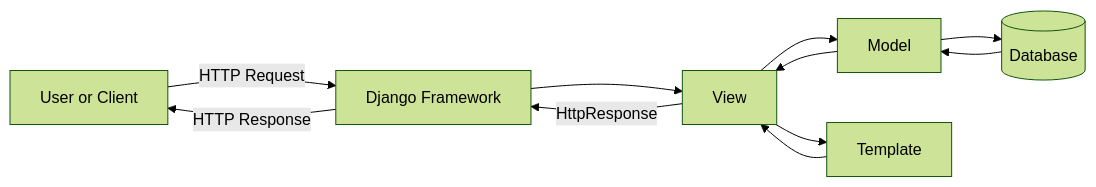
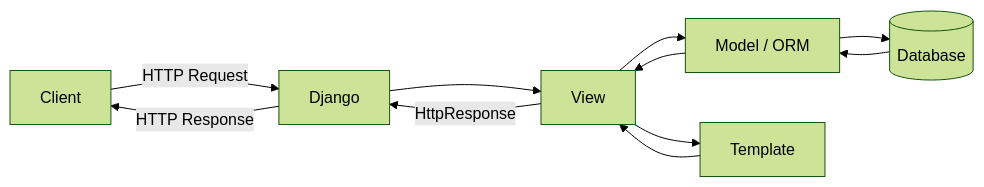
The first of 9 diagrams in src/content/django/mtv-request-response-cycle.md (AvadhBhalodiya/Interview-Preparation), drawn with Mermaid (forest theme) before and after one commit. The commit also changed other lines of this file and 80 other files, not shown here.

````diff
--- a/src/content/django/mtv-request-response-cycle.md
+++ b/src/content/django/mtv-request-response-cycle.md
@@ -80,13 +30,13 @@
 ```mermaid
 flowchart LR
-    U[User or Client] -->|HTTP Request| D[Django Framework]
-    D --> V[View]
-    V --> M[Model]
-    M --> DB[(Database)]
-    DB --> M
-    M --> V
-    V --> T[Template]
-    T --> V
-    V -->|HttpResponse| D
-    D -->|HTTP Response| U
+    Client[Client] -->|HTTP Request| Django[Django]
+    Django --> View[View]
+    View --> Model[Model / ORM]
+    Model --> DB[(Database)]
+    DB --> Model
+    Model --> View
+    View --> Template[Template]
+    Template --> View
+    View -->|HttpResponse| Django
+    Django -->|HTTP Response| Client
 ```
````
